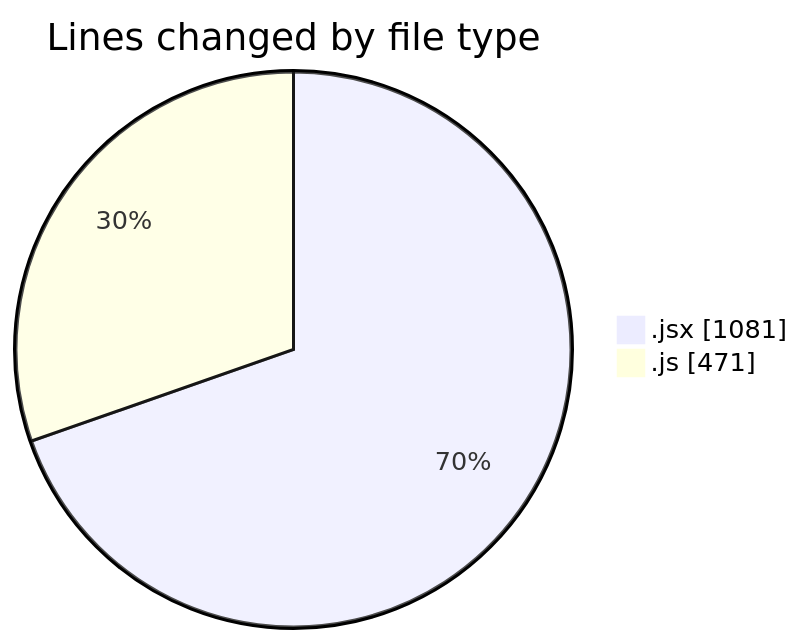
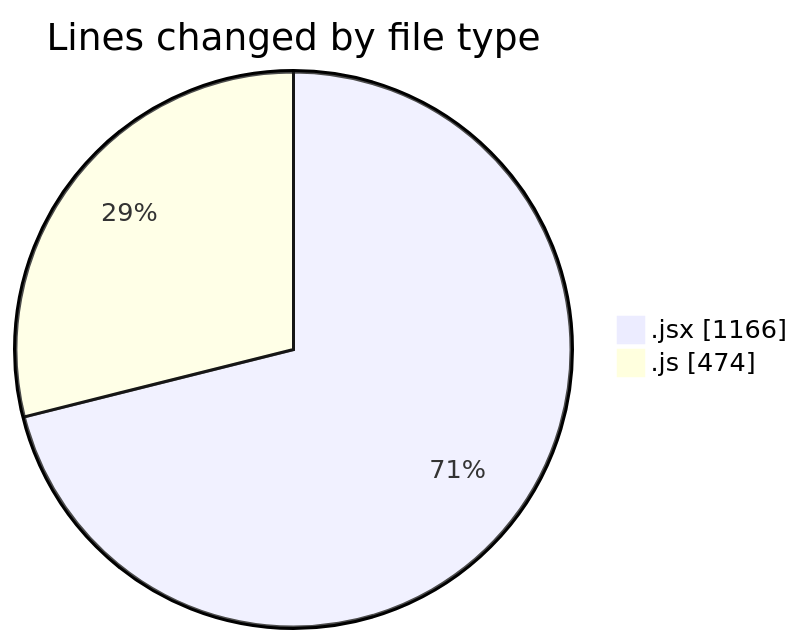
Before and after one commit to nxtqubesakshisongat/code-tracking: the first of 2 diagrams in 2025-08-18/nxtqube_webapp/README.md, drawn with Mermaid. The commit also changed other lines of this file and 1 other file, not shown here.

````diff
--- a/2025-08-18/nxtqube_webapp/README.md
+++ b/2025-08-18/nxtqube_webapp/README.md
@@ -23,6 +24,6 @@
 ```mermaid
 pie showData
 title Lines changed by file type
-".jsx" : 1081
-".js" : 471
+".jsx" : 1166
+".js" : 474
 ```
````
